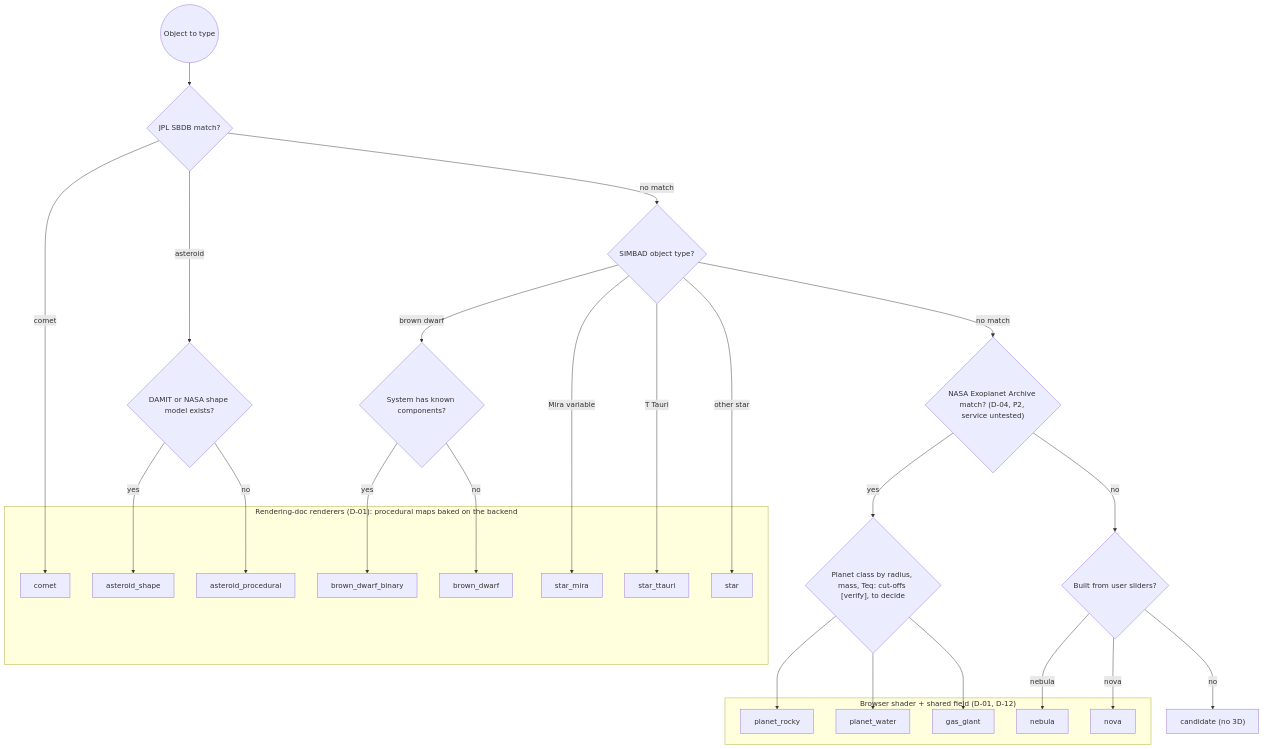
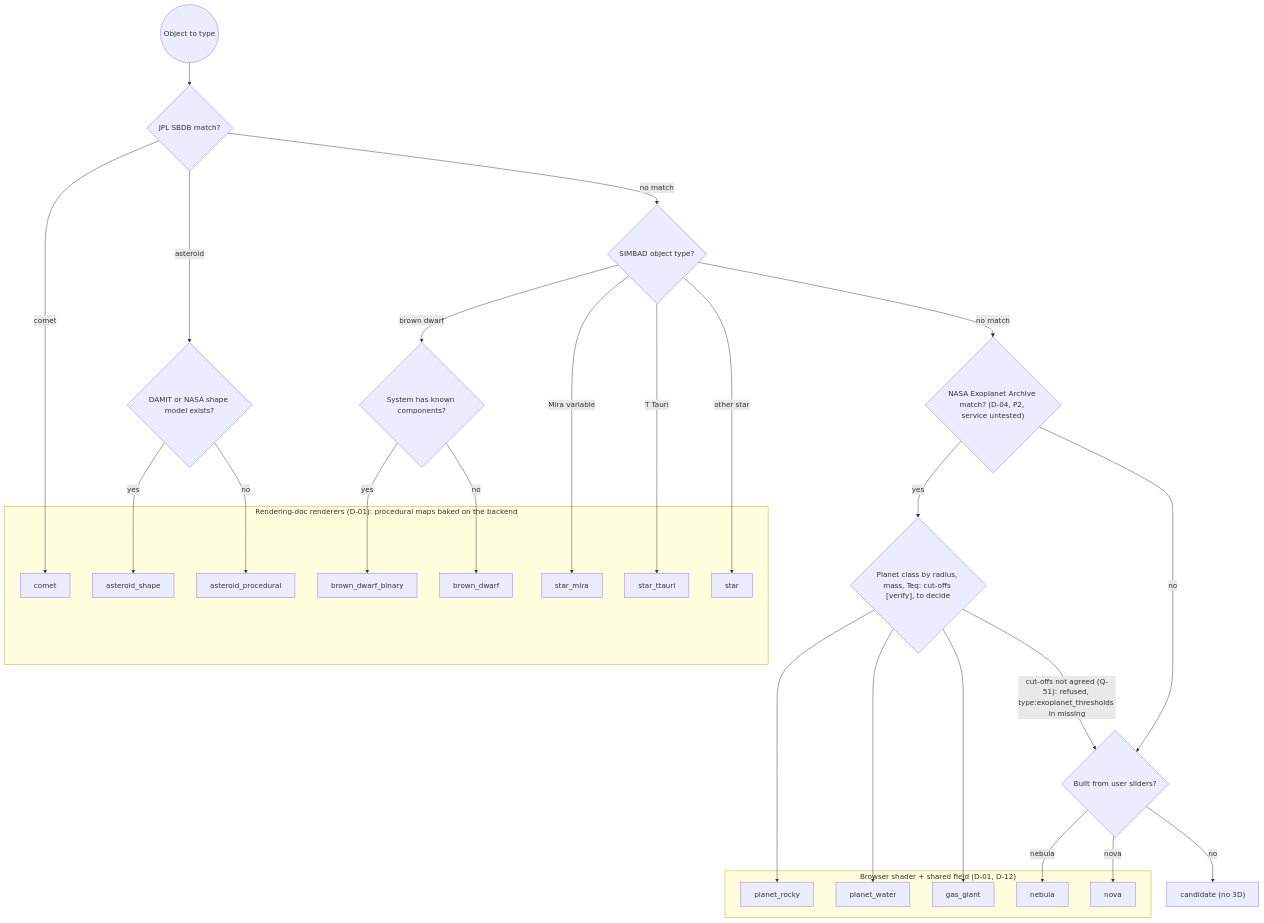
One commit to 0ffrian/SphereX changed the diagram in docs/uml/18-activity-type-selection.md. Above: the diagram before and after it, drawn with Mermaid. The commit also changed other lines of this file and 34 other files, not shown here.

````diff
--- a/docs/uml/18-activity-type-selection.md
+++ b/docs/uml/18-activity-type-selection.md
@@ -5,44 +5,45 @@
 ```mermaid
 flowchart TD
   Start(("Object to type")) --> SBDBq{"JPL SBDB match?"}
   SBDBq -->|comet| Comet["comet"]
   SBDBq -->|asteroid| Shape{"DAMIT or NASA shape model exists?"}
   Shape -->|yes| AstShape["asteroid_shape"]
   Shape -->|no| AstProc["asteroid_procedural"]
   SBDBq -->|no match| SIMq{"SIMBAD object type?"}
 
   SIMq -->|brown dwarf| BDComp{"System has known components?"}
   BDComp -->|yes| BDBin["brown_dwarf_binary"]
   BDComp -->|no| BD["brown_dwarf"]
   SIMq -->|Mira variable| Mira["star_mira"]
   SIMq -->|T Tauri| TTau["star_ttauri"]
   SIMq -->|other star| Star["star"]
   SIMq -->|no match| Exoq{"NASA Exoplanet Archive match? (D-04, P2, service untested)"}
 
   Exoq -->|yes| PlanetCut{"Planet class by radius, mass, Teq: cut-offs [verify], to decide"}
   PlanetCut --> Rocky["planet_rocky"]
   PlanetCut --> Water["planet_water"]
   PlanetCut --> Giant["gas_giant"]
+  PlanetCut -->|"cut-offs not agreed (Q-51): refused, type:exoplanet_thresholds in missing"| Slider
   Exoq -->|no| Slider{"Built from user sliders?"}
   Slider -->|nebula| Neb["nebula"]
   Slider -->|nova| Nova["nova"]
   Slider -->|no| Cand["candidate (no 3D)"]
 
   subgraph Baked["Rendering-doc renderers (D-01): procedural maps baked on the backend"]
     Comet
     AstShape
     AstProc
     BDBin
     BD
     Mira
     TTau
     Star
   end
   subgraph Shader["Browser shader + shared field (D-01, D-12)"]
     Rocky
     Water
     Giant
     Neb
     Nova
   end
 ```
````
